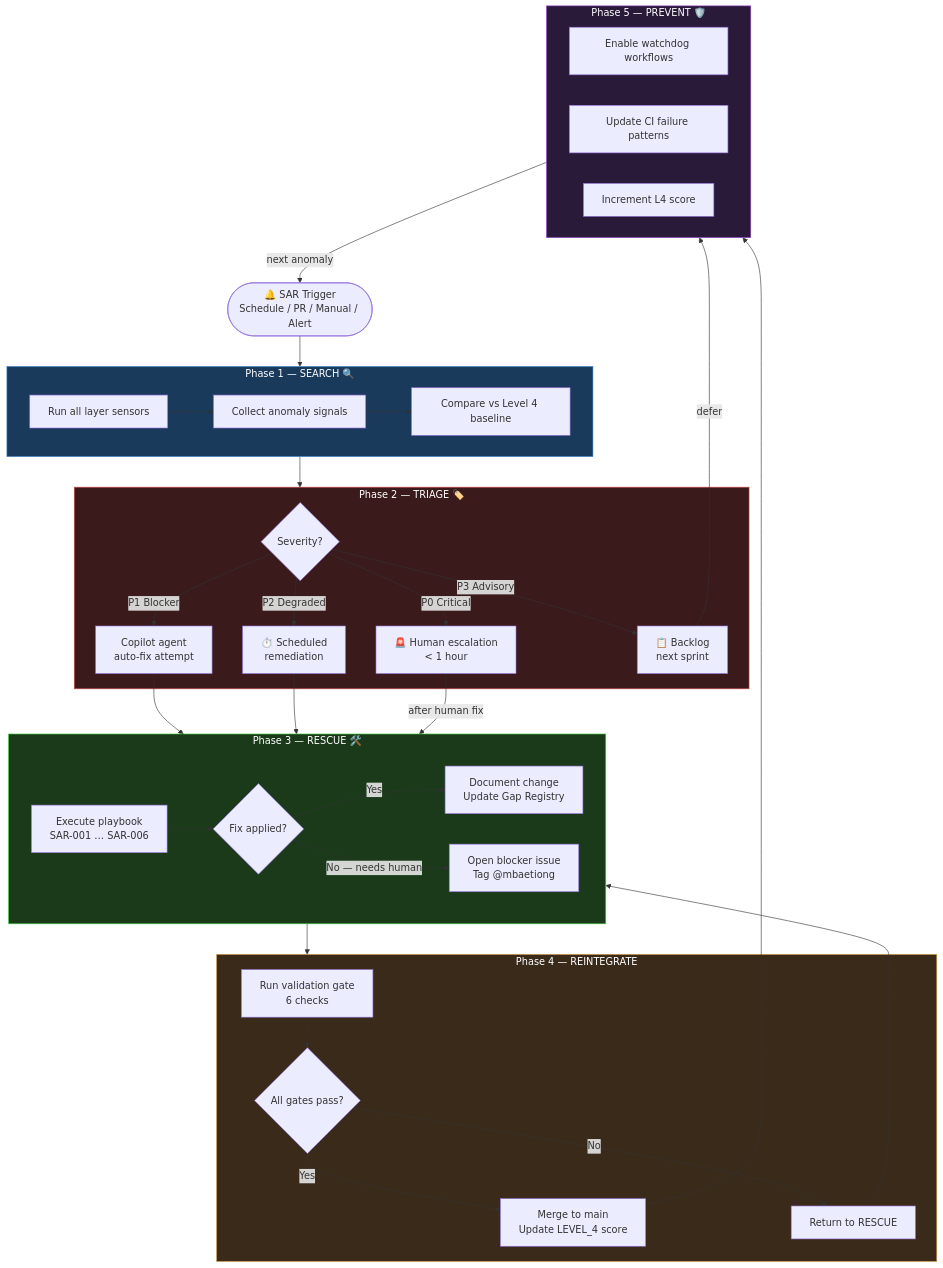
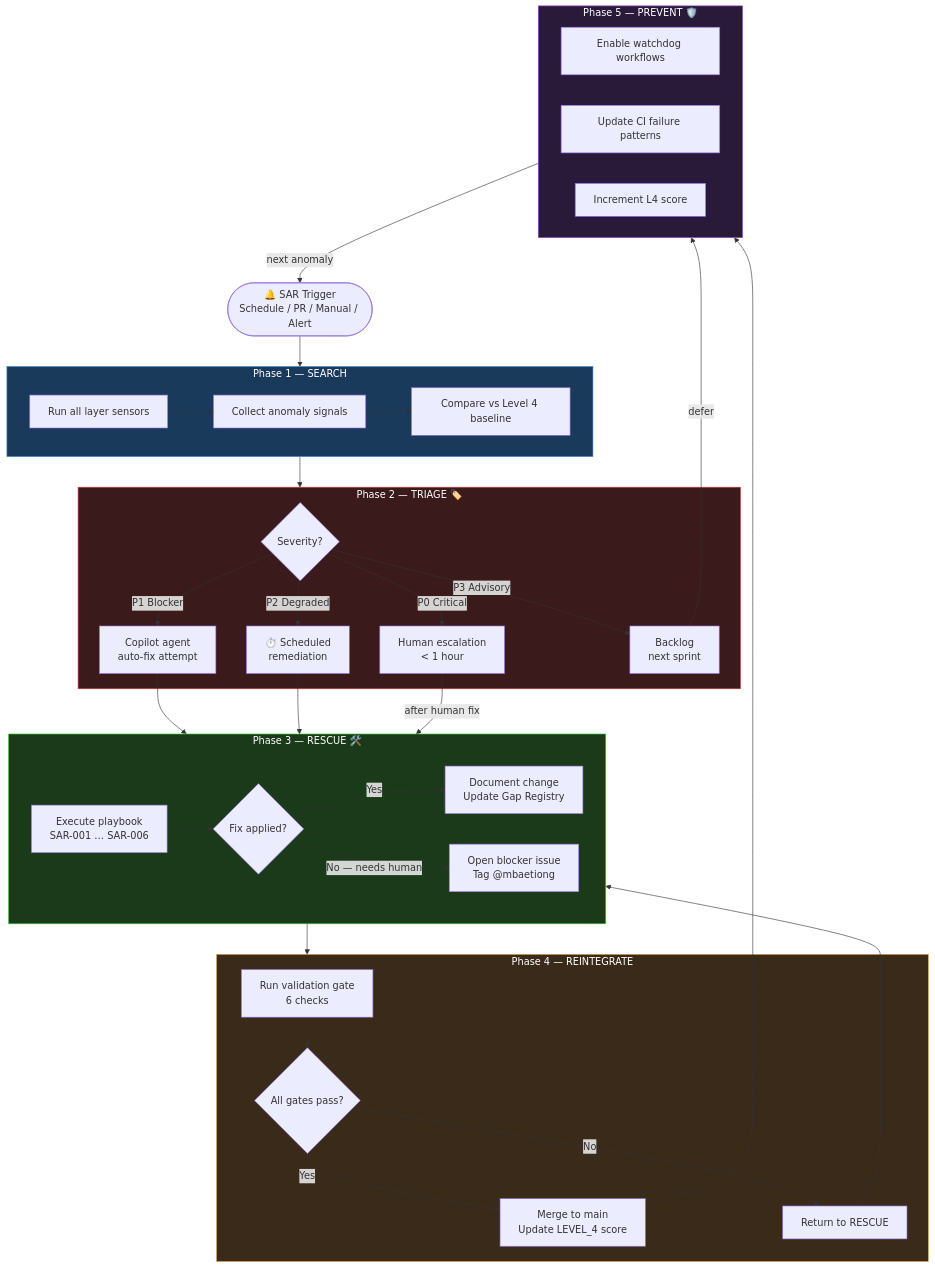
One commit to Aries-Serpent/_codex_ changed the fourth of 17 diagrams in docs/ops/SAR_METHODOLOGY.md. Above: the diagram before and after it, drawn with Mermaid. The commit also changed other lines of this file and 1989 other files, not shown here.

````diff
--- a/docs/ops/SAR_METHODOLOGY.md
+++ b/docs/ops/SAR_METHODOLOGY.md
@@ -157,53 +157,53 @@
 ```mermaid
-%%{init: {'accessibility': {'title': 'Flowchart showing 🔔 SAR Trigger\nSchedule / PR / Manual / Alert, "Phase 1 — SEARCH 🔍"'}}%%
+%%{init: {'accessibility': {'title': 'Flowchart showing 🔔 SAR Trigger\nSchedule / PR / Manual / Alert, "Phase 1 — SEARCH "'}}%%
 flowchart TD
     TRIGGER([🔔 SAR Trigger\nSchedule / PR / Manual / Alert]) --> SEARCH
 
-    subgraph SEARCH["Phase 1 — SEARCH 🔍"]
+    subgraph SEARCH["Phase 1 — SEARCH "]
         S1[Run all layer sensors] --> S2[Collect anomaly signals]
         S2 --> S3[Compare vs Level 4 baseline]
     end
 
     subgraph TRIAGE["Phase 2 — TRIAGE 🏷️"]
         T1{Severity?}
-        T1 -->|P0 Critical| T_P0[🚨 Human escalation\n< 1 hour]
+        T1 -->|P0 Critical| T_P0[ Human escalation\n< 1 hour]
         T1 -->|P1 Blocker| T_P1[ Copilot agent\nauto-fix attempt]
         T1 -->|P2 Degraded| T_P2[⏱️ Scheduled\nremediation]
-        T1 -->|P3 Advisory| T_P3[📋 Backlog\nnext sprint]
+        T1 -->|P3 Advisory| T_P3[ Backlog\nnext sprint]
     end
 
     subgraph RESCUE["Phase 3 — RESCUE 🛠️"]
         R1[Execute playbook\nSAR-001 … SAR-006]
         R1 --> R2{Fix applied?}
         R2 -->|Yes| R3[Document change\nUpdate Gap Registry]
         R2 -->|No — needs human| R4[Open blocker issue\nTag @mbaetiong]
     end
 
     subgraph REINTEGRATE["Phase 4 — REINTEGRATE "]
         V1[Run validation gate\n6 checks] --> V2{All gates pass?}
         V2 -->|Yes| V3[Merge to main\nUpdate LEVEL_4 score]
         V2 -->|No| V4[Return to RESCUE]
     end
 
     subgraph PREVENT["Phase 5 — PREVENT 🛡️"]
         P1[Enable watchdog workflows]
         P2[Update CI failure patterns]
         P3[Increment L4 score]
     end
 
     SEARCH --> TRIAGE
     T_P1 --> RESCUE
     T_P2 --> RESCUE
     T_P3 -->|defer| PREVENT
     T_P0 -->|after human fix| RESCUE
     RESCUE --> REINTEGRATE
     V3 --> PREVENT
     V4 --> RESCUE
     PREVENT -->|next anomaly| TRIGGER
 
     style SEARCH fill:#1a3a5c,stroke:#4a90d9,color:#fff
     style TRIAGE fill:#3a1a1a,stroke:#d94a4a,color:#fff
     style RESCUE fill:#1a3a1a,stroke:#4ad94a,color:#fff
     style REINTEGRATE fill:#3a2a1a,stroke:#d9a44a,color:#fff
     style PREVENT fill:#2a1a3a,stroke:#9a4ad9,color:#fff
 ```
````
